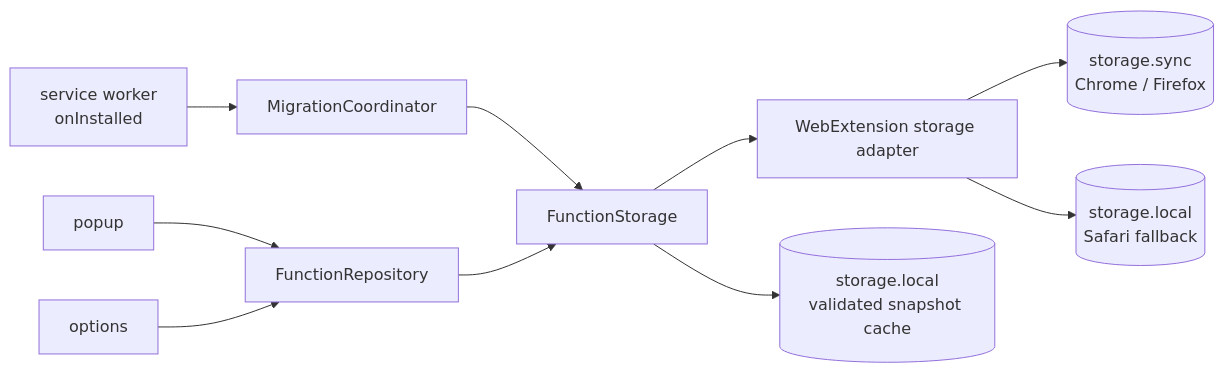
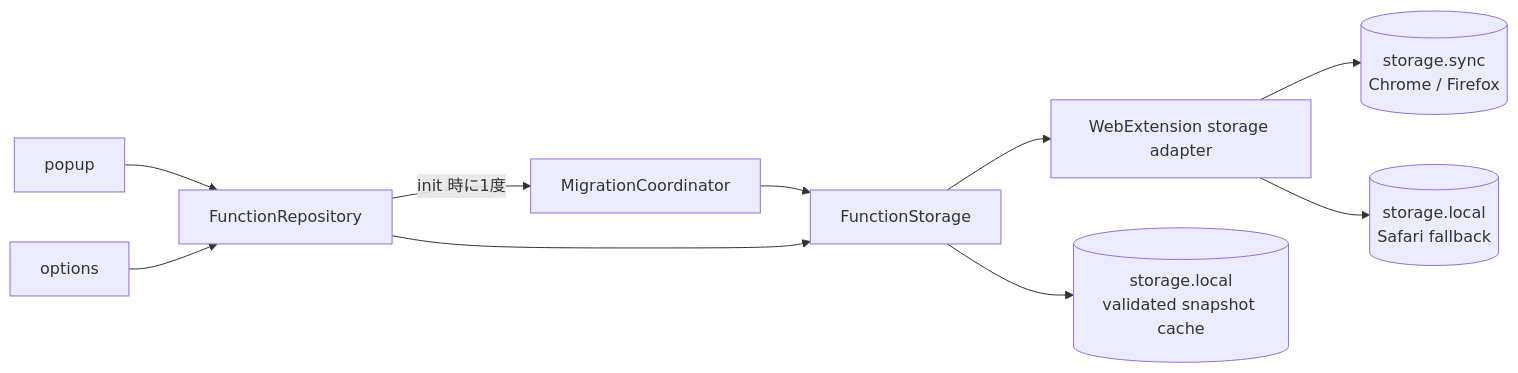
Before and after one commit to pokutuna/chrome-cocopy: the third of 5 diagrams in docs/function-storage.md, drawn with Mermaid. The commit also changed other lines of this file, not shown here.

First line of the commit message:
docs: migrate on repository init instead of a service worker

````diff
--- a/docs/function-storage.md
+++ b/docs/function-storage.md
@@ -177,12 +177,12 @@
 ```mermaid
 flowchart LR
   Popup[popup] --> Repository[FunctionRepository]
   Options[options] --> Repository
-  SW[service worker<br/>onInstalled] --> Migration[MigrationCoordinator]
+  Repository -- init 時に1度 --> Migration[MigrationCoordinator]
   Migration --> Store[FunctionStorage]
   Repository --> Store
   Store --> Adapter[WebExtension storage adapter]
   Adapter --> Sync[(storage.sync<br/>Chrome / Firefox)]
   Adapter --> SafariLocal[(storage.local<br/>Safari fallback)]
   Store --> Cache[(storage.local<br/>validated snapshot cache)]
 ```
````
